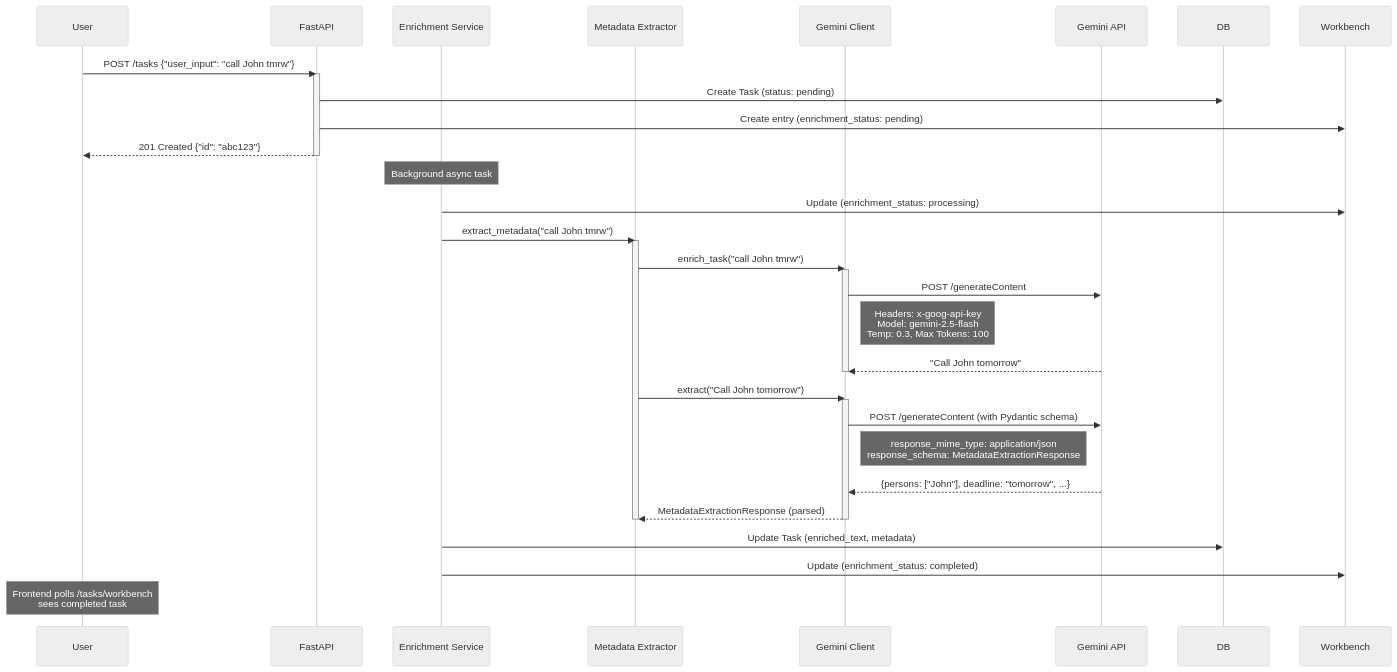
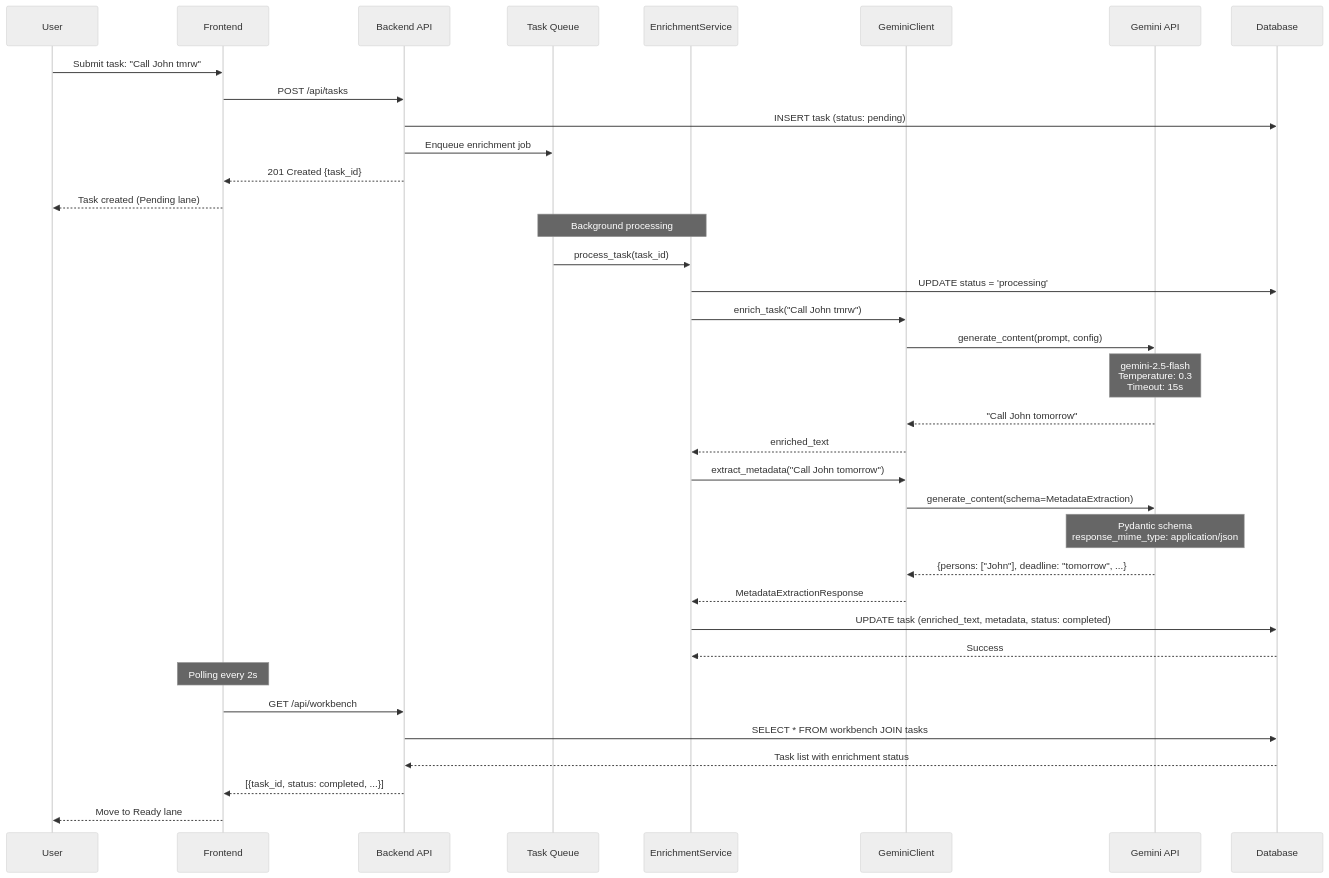
The third of 7 diagrams in specs/006-gemini-llm/architecture.md (manicqin2/task_master), drawn with Mermaid (neutral theme) before and after one commit. The commit also changed other lines of this file and 2 other files, not shown here.

First line of the commit message:
docs: Complete Feature 006 specification with architecture diagrams and quantified criteria

````diff
--- a/specs/006-gemini-llm/architecture.md
+++ b/specs/006-gemini-llm/architecture.md
@@ -93,49 +79,45 @@
 ```mermaid
 sequenceDiagram
     participant User
-    participant API as FastAPI
-    participant ES as Enrichment Service
-    participant ME as Metadata Extractor
-    participant GC as Gemini Client
-    participant GAPI as Gemini API
+    participant Frontend
+    participant Backend as Backend API
+    participant Queue as Task Queue
+    participant Enrichment as EnrichmentService
+    participant Gemini as GeminiClient
+    participant API as Gemini API
+    participant DB as Database
 
-    User->>API: POST /tasks {"user_input": "call John tmrw"}
-    activate API
+    User->>Frontend: Submit task: "Call John tmrw"
+    Frontend->>Backend: POST /api/tasks
+    Backend->>DB: INSERT task (status: pending)
+    Backend->>Queue: Enqueue enrichment job
+    Backend-->>Frontend: 201 Created {task_id}
+    Frontend-->>User: Task created (Pending lane)
 
-    API->>DB: Create Task (status: pending)
-    API->>Workbench: Create entry (enrichment_status: pending)
-    API-->>User: 201 Created {"id": "abc123"}
-    deactivate API
+    Note over Queue,Enrichment: Background processing
 
-    Note over ES: Background async task
+    Queue->>Enrichment: process_task(task_id)
+    Enrichment->>DB: UPDATE status = 'processing'
 
-    ES->>Workbench: Update (enrichment_status: processing)
+    Enrichment->>Gemini: enrich_task("Call John tmrw")
+    Gemini->>API: generate_content(prompt, config)
+    Note over API: gemini-2.5-flash<br/>Temperature: 0.3<br/>Timeout: 15s
+    API-->>Gemini: "Call John tomorrow"
+    Gemini-->>Enrichment: enriched_text
 
-    ES->>ME: extract_metadata("call John tmrw")
-    activate ME
+    Enrichment->>Gemini: extract_metadata("Call John tomorrow")
+    Gemini->>API: generate_content(schema=MetadataExtraction)
+    Note over API: Pydantic schema<br/>response_mime_type: application/json
+    API-->>Gemini: {persons: ["John"], deadline: "tomorrow", ...}
+    Gemini-->>Enrichment: MetadataExtractionResponse
 
-    ME->>GC: enrich_task("call John tmrw")
-    activate GC
+    Enrichment->>DB: UPDATE task (enriched_text, metadata, status: completed)
+    DB-->>Enrichment: Success
 
-    GC->>GAPI: POST /generateContent
-    Note right of GC: Headers: x-goog-api-key<br/>Model: gemini-2.5-flash<br/>Temp: 0.3, Max Tokens: 100
-
-    GAPI-->>GC: "Call John tomorrow"
-    deactivate GC
-
-    ME->>GC: extract("Call John tomorrow")
-    activate GC
-
-    GC->>GAPI: POST /generateContent (with Pydantic schema)
-    Note right of GC: response_mime_type: application/json<br/>response_schema: MetadataExtractionResponse
-
-    GAPI-->>GC: {persons: ["John"], deadline: "tomorrow", ...}
-    GC-->>ME: MetadataExtractionResponse (parsed)
-    deactivate GC
-    deactivate ME
-
-    ES->>DB: Update Task (enriched_text, metadata)
-    ES->>Workbench: Update (enrichment_status: completed)
-
-    Note over User: Frontend polls /tasks/workbench<br/>sees completed task
+    Note over Frontend: Polling every 2s
+    Frontend->>Backend: GET /api/workbench
+    Backend->>DB: SELECT * FROM workbench JOIN tasks
+    DB-->>Backend: Task list with enrichment status
+    Backend-->>Frontend: [{task_id, status: completed, ...}]
+    Frontend-->>User: Move to Ready lane
 ```
````
